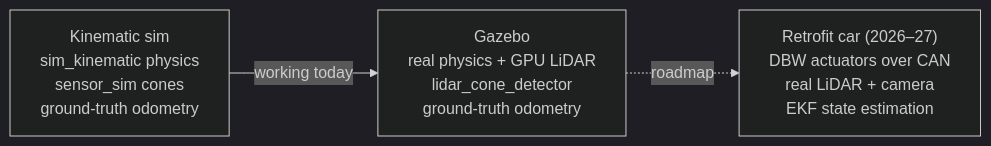
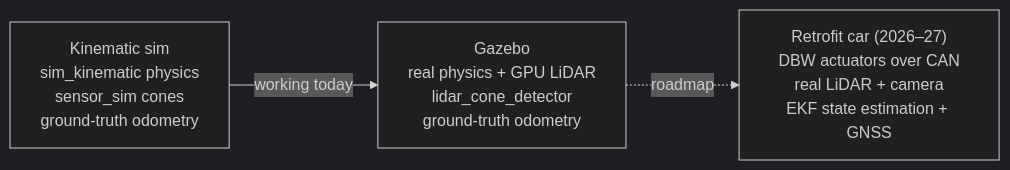
Before and after one commit to LonghornRacingElectric/lhre: the second of 2 diagrams in autonomy/README.md, drawn with Mermaid (dark theme). The commit also changed other lines of this file and 19 other files, not shown here.

````diff
--- a/autonomy/README.md
+++ b/autonomy/README.md
@@ -53,8 +53,8 @@
 ```mermaid
 flowchart LR
     k["Kinematic sim<br>sim_kinematic physics<br>sensor_sim cones<br>ground-truth odometry"]
     g["Gazebo<br>real physics + GPU LiDAR<br>lidar_cone_detector<br>ground-truth odometry"]
-    car["Retrofit car (2026–27)<br>DBW actuators over CAN<br>real LiDAR + camera<br>EKF state estimation"]
+    car["Retrofit car (2026–27)<br>DBW actuators over CAN<br>real LiDAR + camera<br>EKF state estimation + GNSS"]
     k -- "working today" --> g
     g -. "roadmap" .-> car
 ```
````
